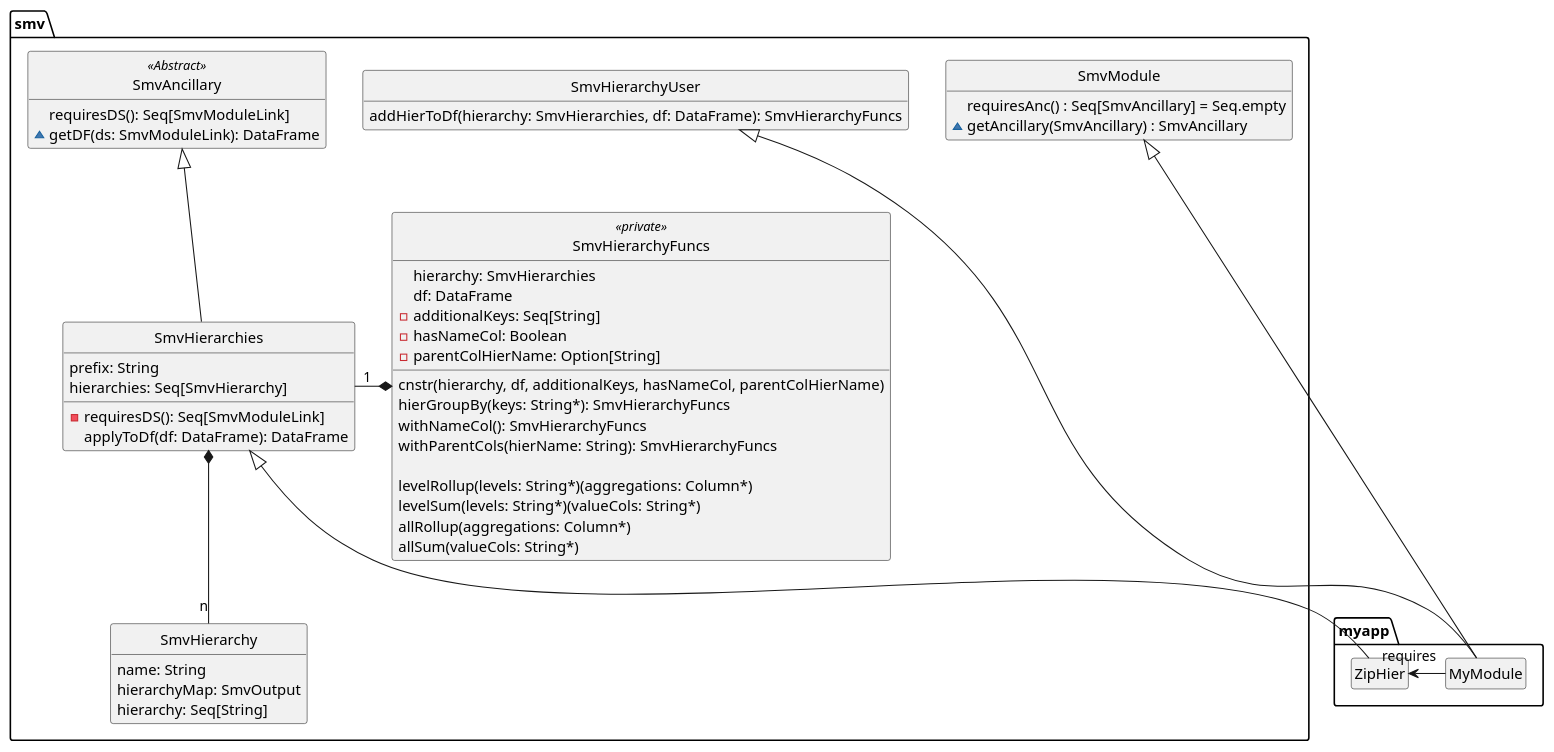
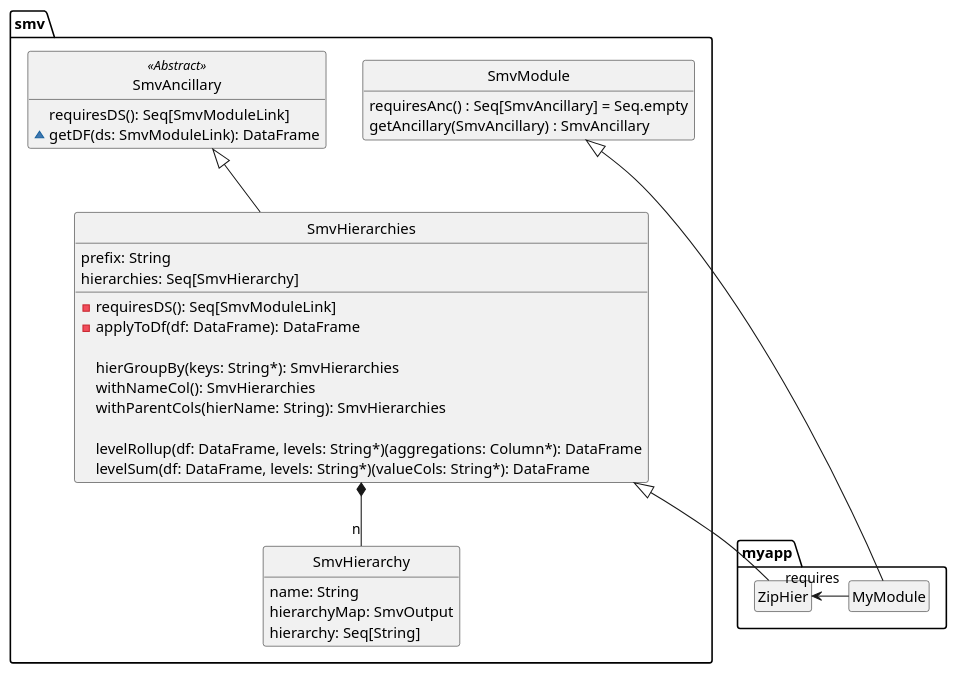
The diagram in docs/design/SmvAncillary/SmvAncillary.puml (TresAmigosSD/SMV), drawn with PlantUML before and after one commit. The commit also changed 5 other files, not shown here.

Commit message:
Simplified SmvHierarchy interface

```diff
--- a/docs/design/SmvAncillary/SmvAncillary.puml
+++ b/docs/design/SmvAncillary/SmvAncillary.puml
@@ -1,64 +1,47 @@
 @startuml
 hide empty methods
 hide empty fields
 hide circle
 
 namespace smv {
   class SmvAncillary <<Abstract>> {
     requiresDS(): Seq[SmvModuleLink]
     ~getDF(ds: SmvModuleLink): DataFrame
   }
 
   class SmvHierarchy {
     name: String
     hierarchyMap: SmvOutput
     hierarchy: Seq[String]
   }
 
   class SmvHierarchies extends SmvAncillary {
     prefix: String
     hierarchies: Seq[SmvHierarchy]
-    -requiresDS(): Seq[SmvModuleLink]
-    applyToDf(df: DataFrame): DataFrame
-  }
+    - requiresDS(): Seq[SmvModuleLink]
+    - applyToDf(df: DataFrame): DataFrame
 
-  class SmvHierarchyFuncs <<private>> {
-    hierarchy: SmvHierarchies
-    df: DataFrame
-    - additionalKeys: Seq[String]
-    - hasNameCol: Boolean
-    - parentColHierName: Option[String]
+    hierGroupBy(keys: String*): SmvHierarchies
+    withNameCol(): SmvHierarchies
+    withParentCols(hierName: String): SmvHierarchies
 
-    cnstr(hierarchy, df, additionalKeys, hasNameCol, parentColHierName)
-    hierGroupBy(keys: String*): SmvHierarchyFuncs
-    withNameCol(): SmvHierarchyFuncs
-    withParentCols(hierName: String): SmvHierarchyFuncs
-
-    levelRollup(levels: String*)(aggregations: Column*)
-    levelSum(levels: String*)(valueCols: String*)
-    allRollup(aggregations: Column*)
-    allSum(valueCols: String*)
-  }
-
-  class SmvHierarchyUser {
-    addHierToDf(hierarchy: SmvHierarchies, df: DataFrame): SmvHierarchyFuncs
+    levelRollup(df: DataFrame, levels: String*)(aggregations: Column*): DataFrame
+    levelSum(df: DataFrame, levels: String*)(valueCols: String*): DataFrame
   }
 
   class SmvModule {
     requiresAnc() : Seq[SmvAncillary] = Seq.empty
-    ~getAncillary(SmvAncillary) : SmvAncillary
+    getAncillary(SmvAncillary) : SmvAncillary
   }
 
-  SmvHierarchyFuncs *-L- "1" SmvHierarchies
   SmvHierarchies *-- "n" SmvHierarchy
 }
 
 namespace myapp {
   class ZipHier extends smv.SmvHierarchies
-  class MyModule extends smv.SmvHierarchyUser
   class MyModule extends smv.SmvModule
 
   MyModule -L-> "requires" ZipHier
 }
 
 @enduml
```
